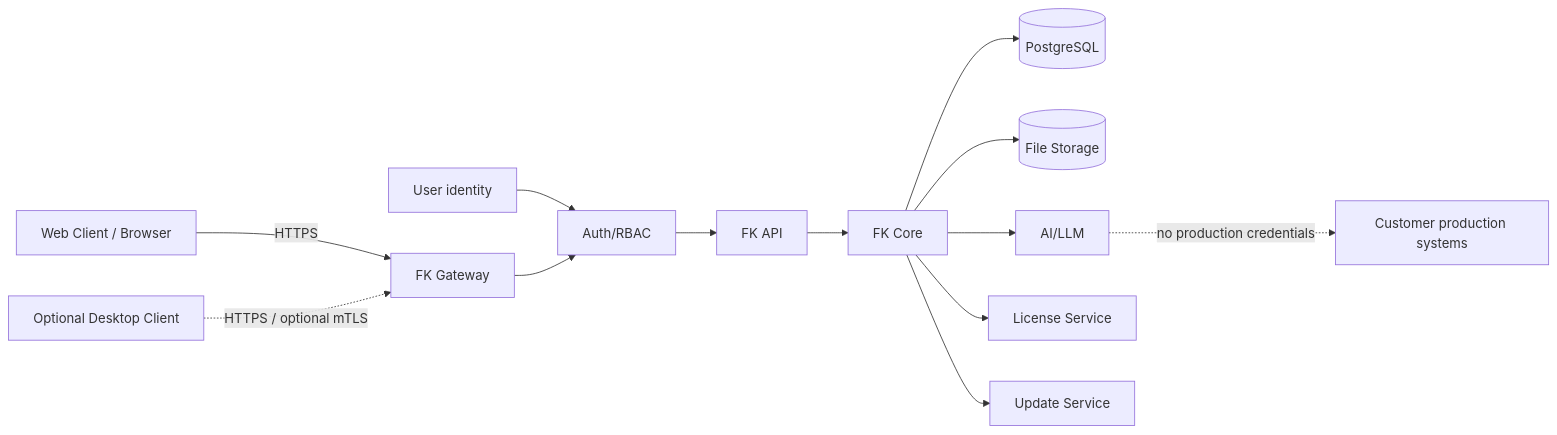
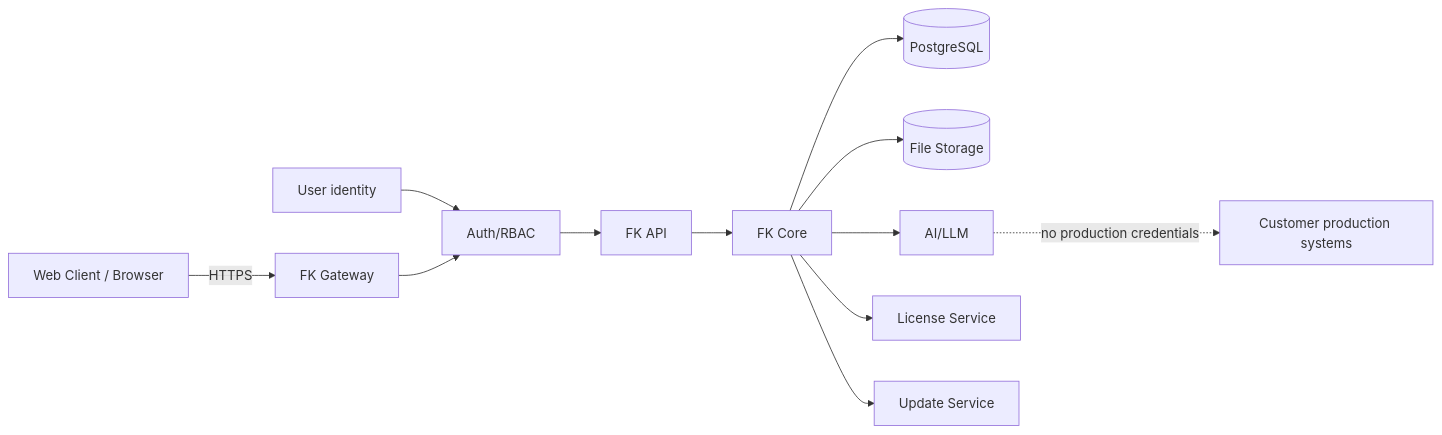
One commit to SergeyRassohin/Forest-Keeper changed the second of 2 diagrams in docs/architecture/architecture-v0.2.md. Above: the diagram before and after it, drawn with Mermaid. The commit also changed other lines of this file and 32 other files, not shown here.

````diff
--- a/docs/architecture/architecture-v0.2.md
+++ b/docs/architecture/architecture-v0.2.md
@@ -229,15 +222,14 @@
 ```mermaid
 flowchart LR
     BROWSER[Web Client / Browser] -->|HTTPS| GW[FK Gateway]
-    DESKTOP[Optional Desktop Client] -.->|HTTPS / optional mTLS| GW
     USER[User identity] --> AUTH[Auth/RBAC]
     GW --> AUTH
     AUTH --> API[FK API]
     API --> CORE[FK Core]
     CORE --> DB[(PostgreSQL)]
     CORE --> FS[(File Storage)]
     CORE --> AI[AI/LLM]
     CORE --> LIC[License Service]
     CORE --> UPD[Update Service]
     AI -. no production credentials .-> EXT[Customer production systems]
 ```
````
